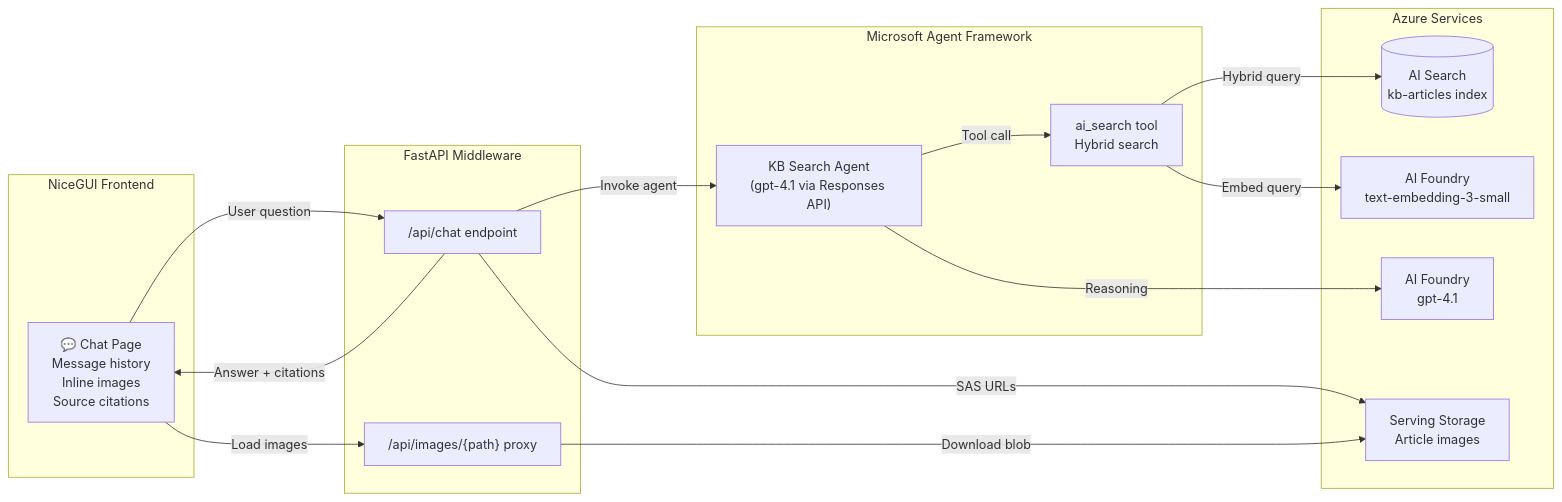
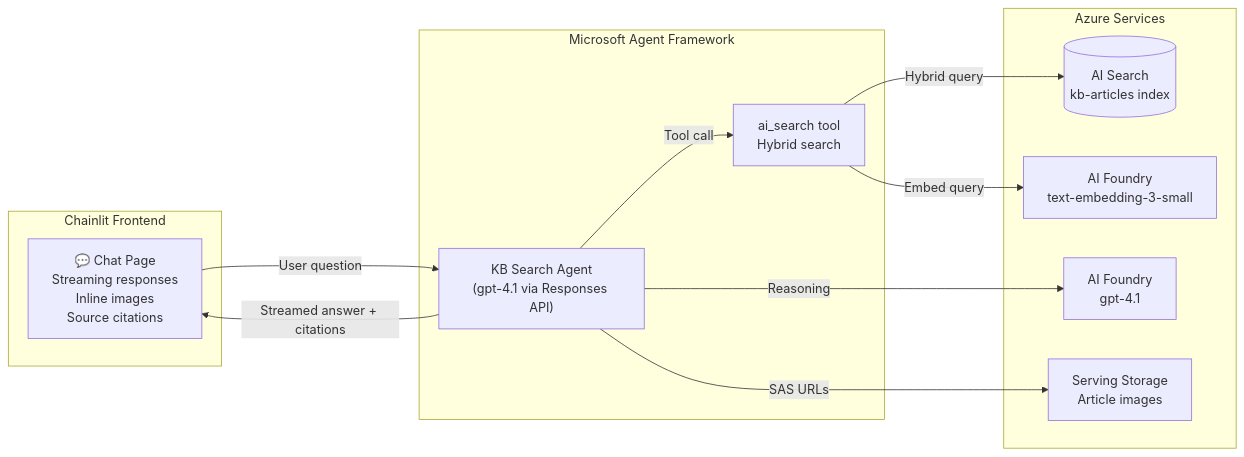
Before and after one commit to aldelar/azure-knowledge-base-ingestion: the diagram in docs/epics/002-kb-search-web-app.md, drawn with Mermaid. The commit also changed other lines of this file and 61 other files, not shown here.

````diff
--- a/docs/epics/002-kb-search-web-app.md
+++ b/docs/epics/002-kb-search-web-app.md
@@ -24,34 +24,26 @@
 ```mermaid
 flowchart LR
-    subgraph UI["NiceGUI Frontend"]
-        CHAT["💬 Chat Page<br/>Message history<br/>Inline images<br/>Source citations"]
-    end
-
-    subgraph API["FastAPI Middleware"]
-        EP["/api/chat endpoint"]
-        IMG["/api/images/{path} proxy"]
+    subgraph UI["Chainlit Frontend"]
+        CHAT["💬 Chat Page<br/>Streaming responses<br/>Inline images<br/>Source citations"]
     end
 
     subgraph Agent["Microsoft Agent Framework"]
         AG["KB Search Agent<br/>(gpt-4.1 via Responses API)"]
         TOOL["ai_search tool<br/>Hybrid search"]
     end
 
     subgraph Azure["Azure Services"]
         SRCH[("AI Search<br/>kb-articles index")]
         EMBED["AI Foundry<br/>text-embedding-3-small"]
         MODEL["AI Foundry<br/>gpt-4.1"]
         BLOB["Serving Storage<br/>Article images"]
     end
 
-    CHAT -->|User question| EP
-    EP -->|Invoke agent| AG
+    CHAT -->|User question| AG
     AG -->|Tool call| TOOL
     TOOL -->|Hybrid query| SRCH
     TOOL -->|Embed query| EMBED
     AG -->|Reasoning| MODEL
-    EP -->|SAS URLs| BLOB
-    EP -->|Answer + citations| CHAT
-    CHAT -->|Load images| IMG
-    IMG -->|Download blob| BLOB
+    AG -->|SAS URLs| BLOB
+    AG -->|Streamed answer + citations| CHAT
 ```
````
